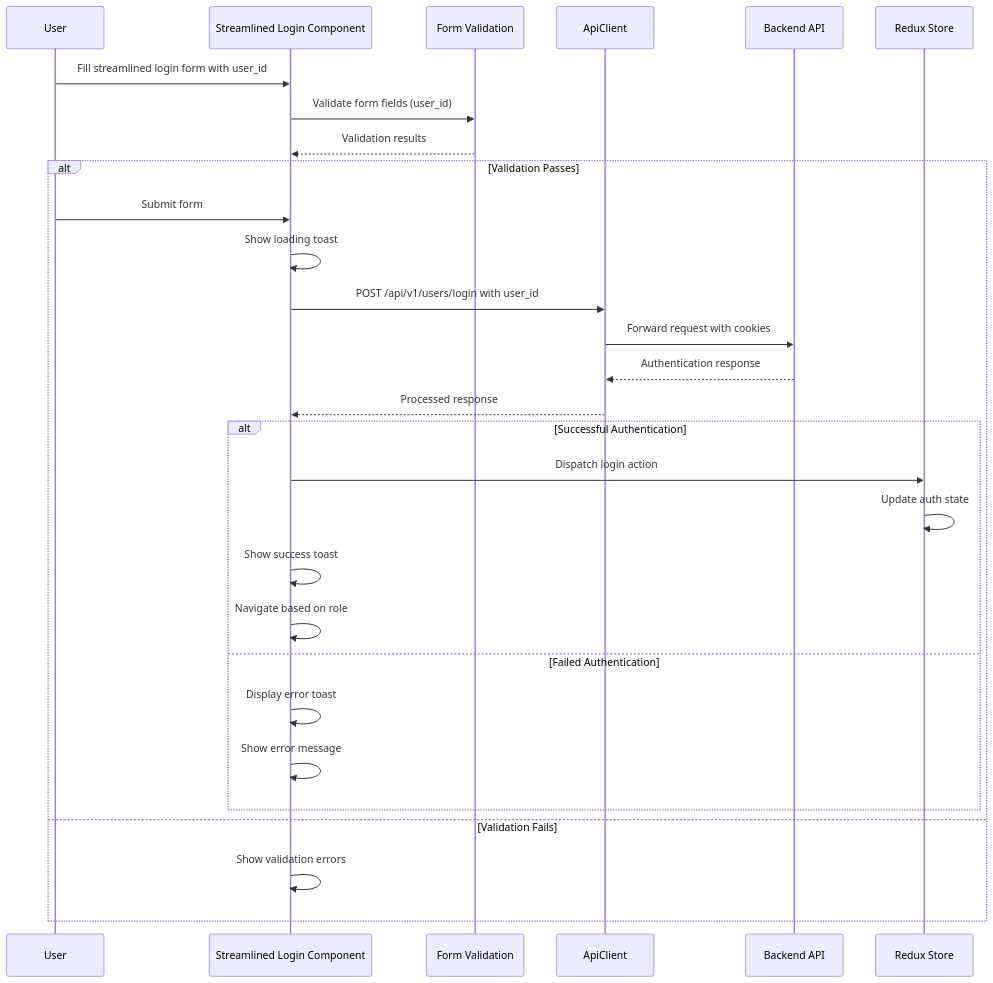
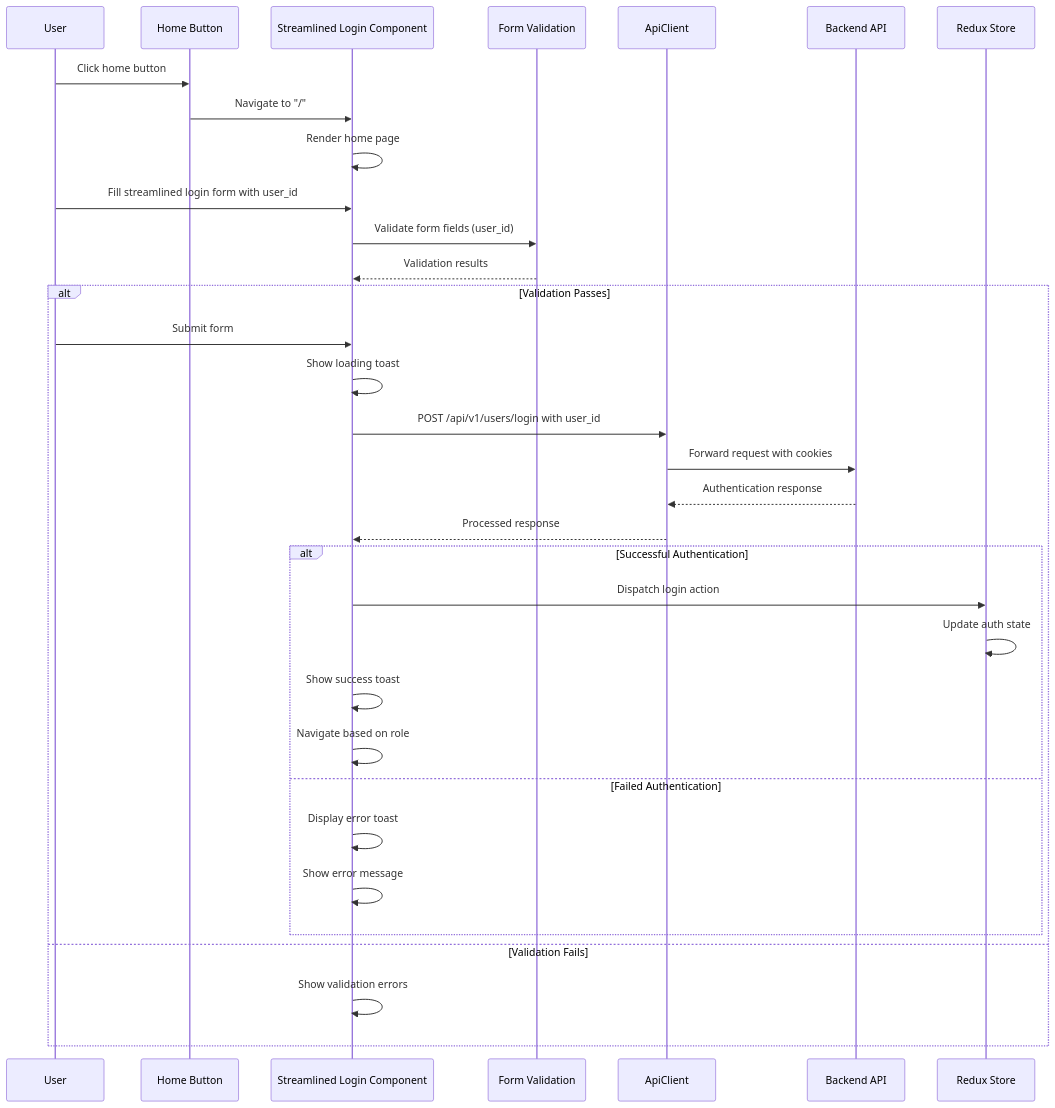
The third of 13 diagrams in .qoder/repowiki/en/content/Authentication & Authorization/Login Page Implementation.md (Aryan9060/Timetable-Project), drawn with Mermaid before and after one commit. The commit also changed other lines of this file and 5 other files, not shown here.

````diff
--- a/.qoder/repowiki/en/content/Authentication & Authorization/Login Page Implementation.md
+++ b/.qoder/repowiki/en/content/Authentication & Authorization/Login Page Implementation.md
@@ -154,31 +167,35 @@
 ```mermaid
 sequenceDiagram
 participant U as User
+participant HB as Home Button
 participant L as Streamlined Login Component
 participant V as Form Validation
 participant A as ApiClient
 participant B as Backend API
 participant R as Redux Store
+U->>HB : Click home button
+HB->>L : Navigate to "/"
+L->>L : Render home page
 U->>L : Fill streamlined login form with user_id
 L->>V : Validate form fields (user_id)
 V-->>L : Validation results
 alt Validation Passes
 U->>L : Submit form
 L->>L : Show loading toast
 L->>A : POST /api/v1/users/login with user_id
 A->>B : Forward request with cookies
 B-->>A : Authentication response
 A-->>L : Processed response
 alt Successful Authentication
 L->>R : Dispatch login action
 R->>R : Update auth state
 L->>L : Show success toast
 L->>L : Navigate based on role
 else Failed Authentication
 L->>L : Display error toast
 L->>L : Show error message
 end
 else Validation Fails
 L->>L : Show validation errors
 end
 ```
````
